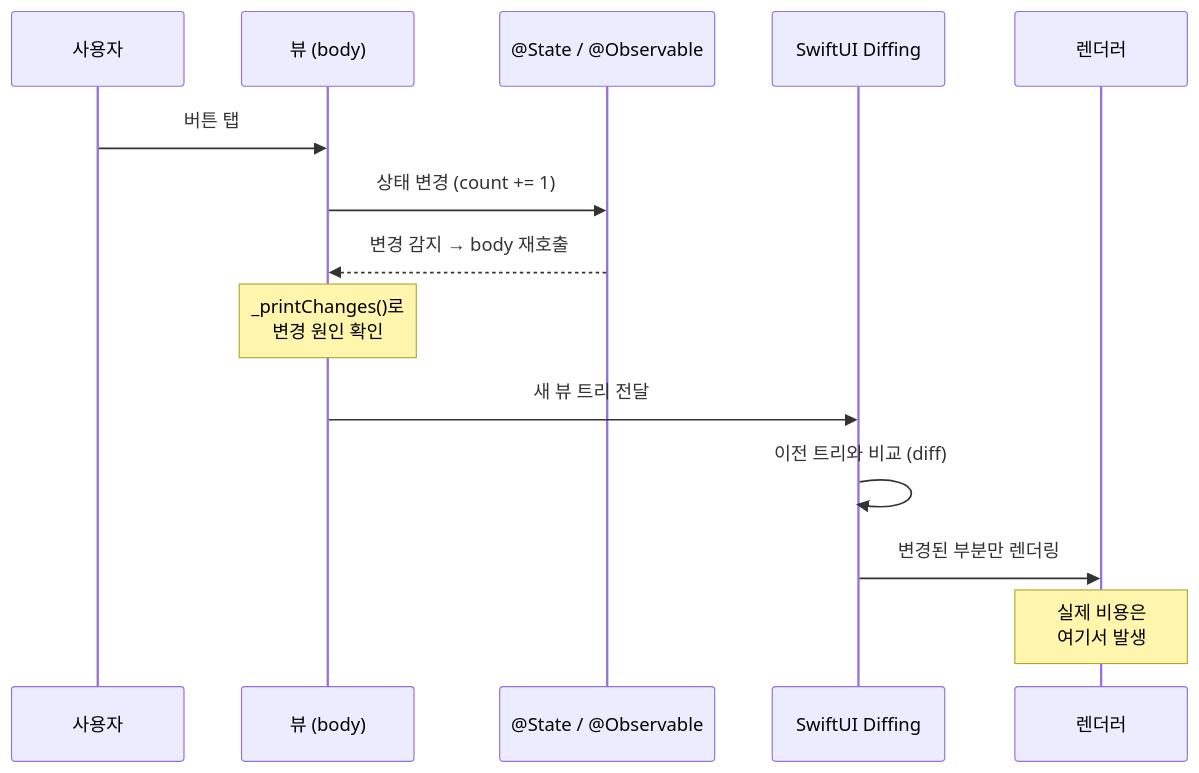
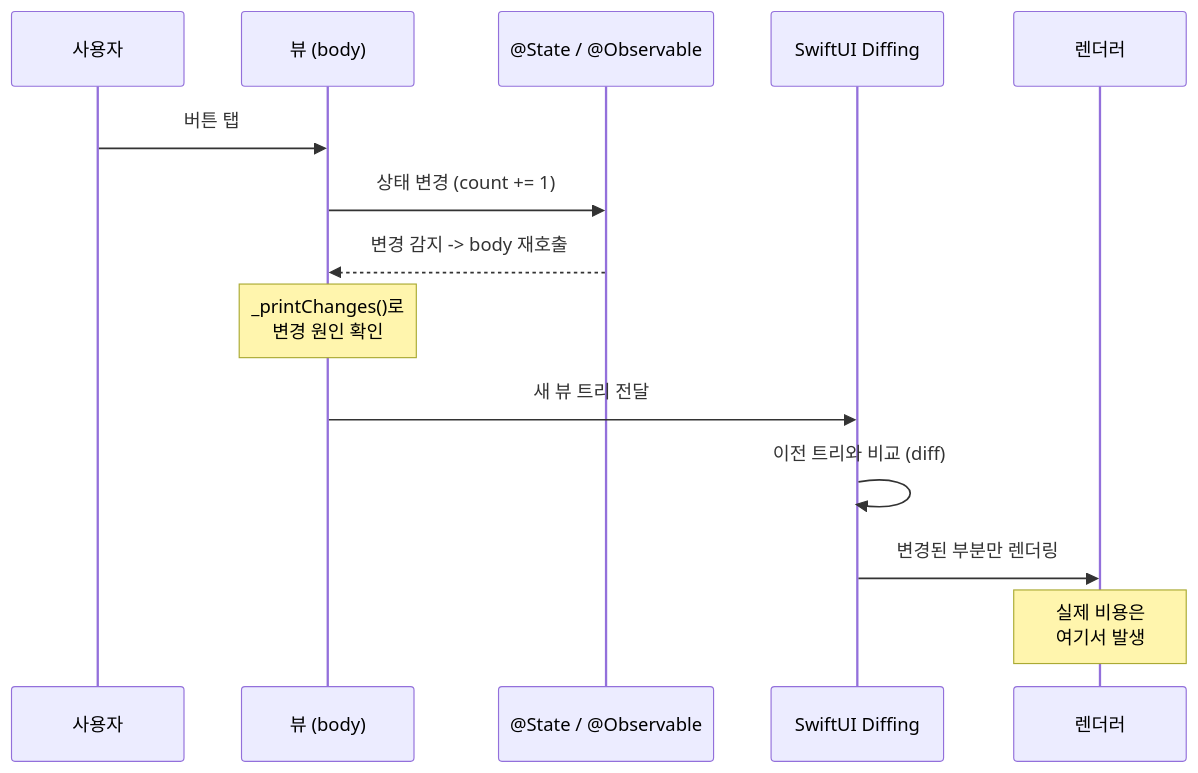
One commit to jsonpassion/forge-tutorial-swift changed the third of 5 diagrams in 05-state-management/04-data-flow.md. Above: the diagram before and after it, drawn with Mermaid. The commit also changed other lines of this file and 69 other files, not shown here.

````diff
--- a/05-state-management/04-data-flow.md
+++ b/05-state-management/04-data-flow.md
@@ -324,16 +324,16 @@
 ```mermaid
 sequenceDiagram
     participant U as 사용자
     participant V as 뷰 (body)
     participant S as @State / @Observable
     participant D as SwiftUI Diffing
     participant R as 렌더러
     U->>V: 버튼 탭
     V->>S: 상태 변경 (count += 1)
-    S-->>V: 변경 감지 → body 재호출
+    S-->>V: 변경 감지 -> body 재호출
     Note over V: _printChanges()로<br/>변경 원인 확인
     V->>D: 새 뷰 트리 전달
     D->>D: 이전 트리와 비교 (diff)
     D->>R: 변경된 부분만 렌더링
     Note over R: 실제 비용은<br/>여기서 발생
 ```
````
